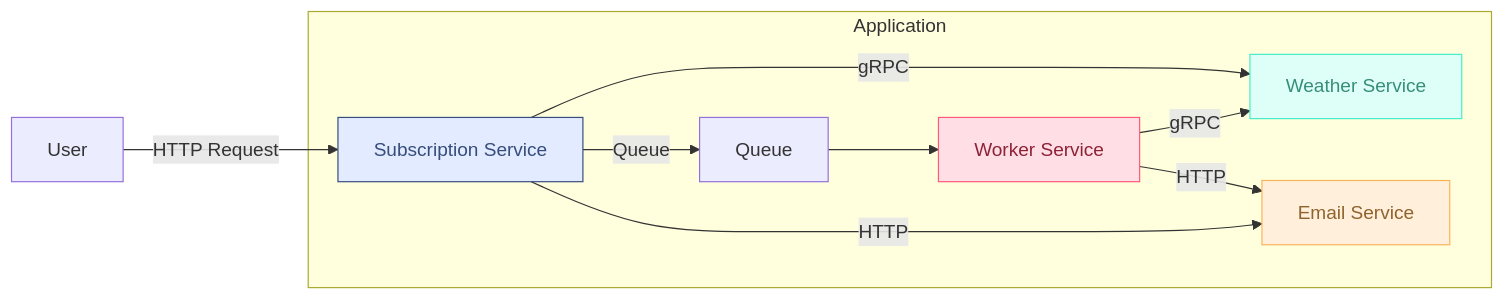
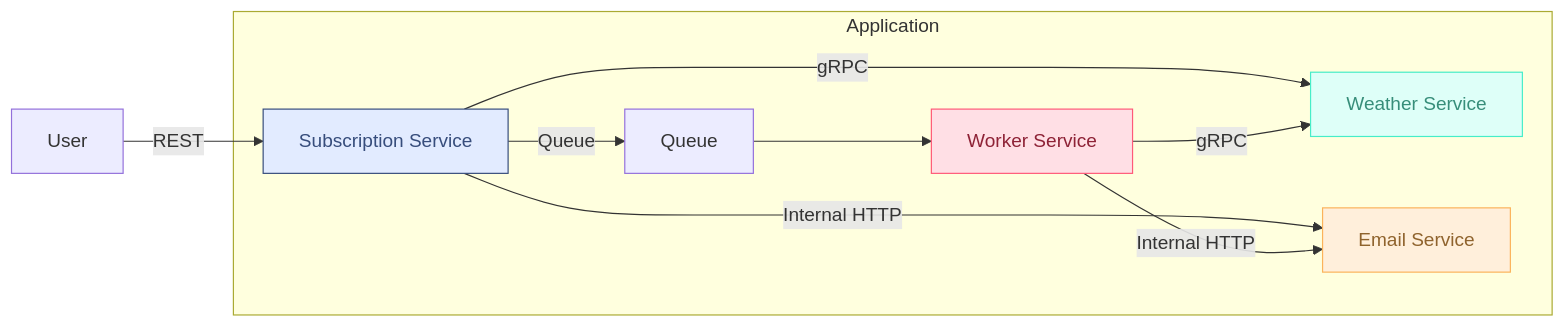
One commit to GenesisEducationKyiv/software-engineering-school-5-0-mykyyta changed the second of 2 diagrams in docs/rfc/rfc-001.md. Above: the diagram before and after it, drawn with Mermaid.

Commit message:
update diagram

````diff
--- a/docs/rfc/rfc-001.md
+++ b/docs/rfc/rfc-001.md
@@ -176,24 +176,25 @@
 ```mermaid
 flowchart LR
-    USER[User] -->|HTTP Request| SUB[Subscription Service]:::Sky
+    USER[User] -->|REST| SUB[Subscription Service]:::Sky
 
     subgraph Application
         SUB
         WTH[Weather Service]:::Aqua
         EM[Email Service]:::Peach
         Q[Queue]
         WRK[Worker Service]:::Rose
 
         SUB -->|gRPC| WTH
-        WRK -->|HTTP| EM
-        SUB -->|HTTP| EM
+        SUB -->|Internal HTTP| EM
         SUB -->|Queue| Q
+
         Q --> WRK
         WRK -->|gRPC| WTH
+        WRK -->|Internal HTTP| EM
     end
 
     classDef Peach stroke-width:1px,stroke-dasharray:none,stroke:#FBB35A,fill:#FFEFDB,color:#8F632D;
     classDef Aqua  stroke-width:1px,stroke-dasharray:none,stroke:#46EDC8,fill:#DEFFF8,color:#378E7A;
     classDef Sky   stroke-width:1px,stroke-dasharray:none,stroke:#374D7C,fill:#E2EBFF,color:#374D7C;
     classDef Rose  stroke-width:1px,stroke-dasharray:none,stroke:#FF5978,fill:#FFDFE5,color:#8E2236;
 ```
````
